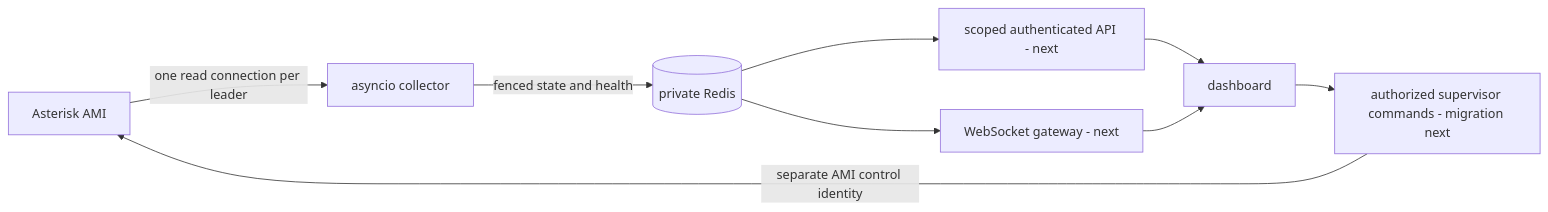
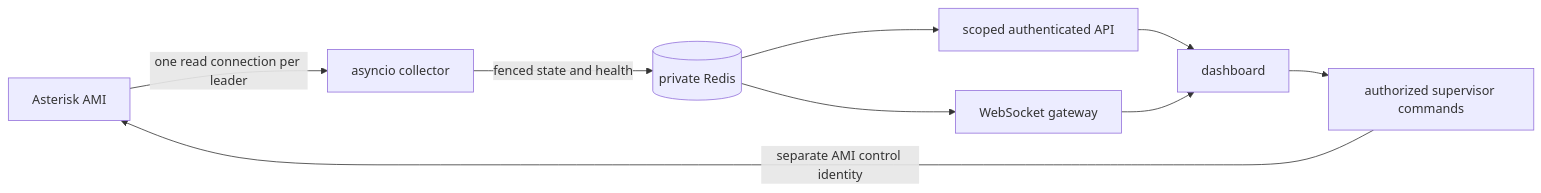
Before and after one commit to SaneHajiha/sanequeue: the diagram in docs/REALTIME_ARCHITECTURE.md, drawn with Mermaid. The commit also changed other lines of this file and 57 other files, not shown here.

Commit message:
Integrate Redis/WebSocket monitoring and scoped supervisor controls; fix theme accessibility (beta.21)

````diff
--- a/docs/REALTIME_ARCHITECTURE.md
+++ b/docs/REALTIME_ARCHITECTURE.md
@@ -32,11 +32,11 @@
 ```mermaid
 flowchart LR
   PBX[Asterisk AMI] -->|one read connection per leader| C[asyncio collector]
   C -->|fenced state and health| R[(private Redis)]
-  R --> A[scoped authenticated API - next]
-  R --> W[WebSocket gateway - next]
+  R --> A[scoped authenticated API]
+  R --> W[WebSocket gateway]
   A --> UI[dashboard]
   W --> UI
-  UI --> S[authorized supervisor commands - migration next]
+  UI --> S[authorized supervisor commands]
   S -->|separate AMI control identity| PBX
 ```
````
